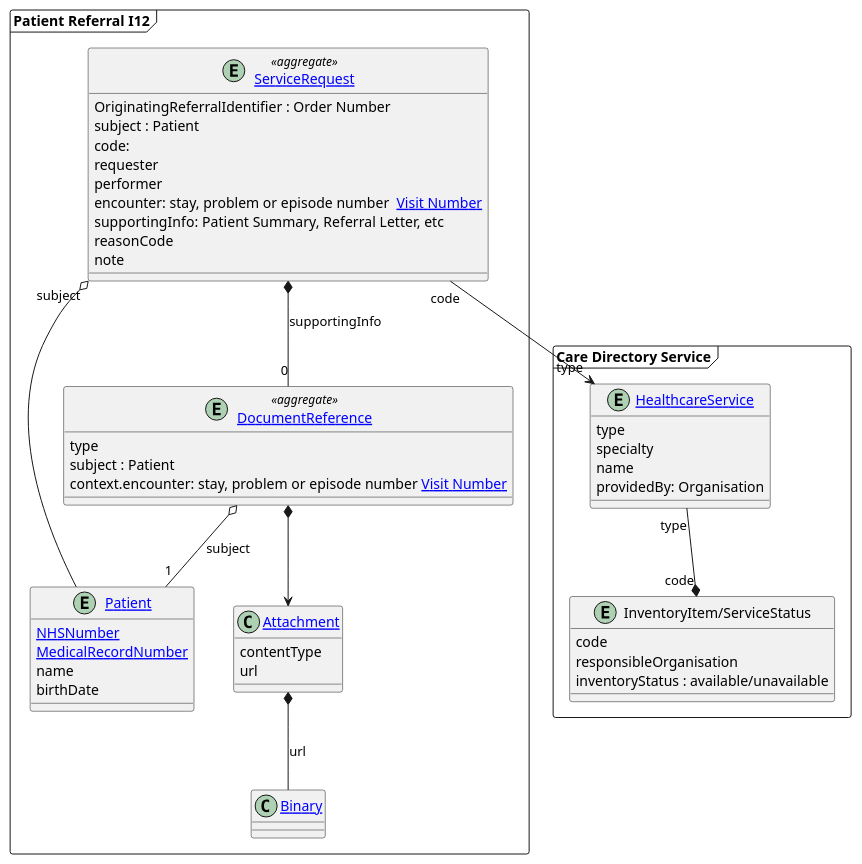
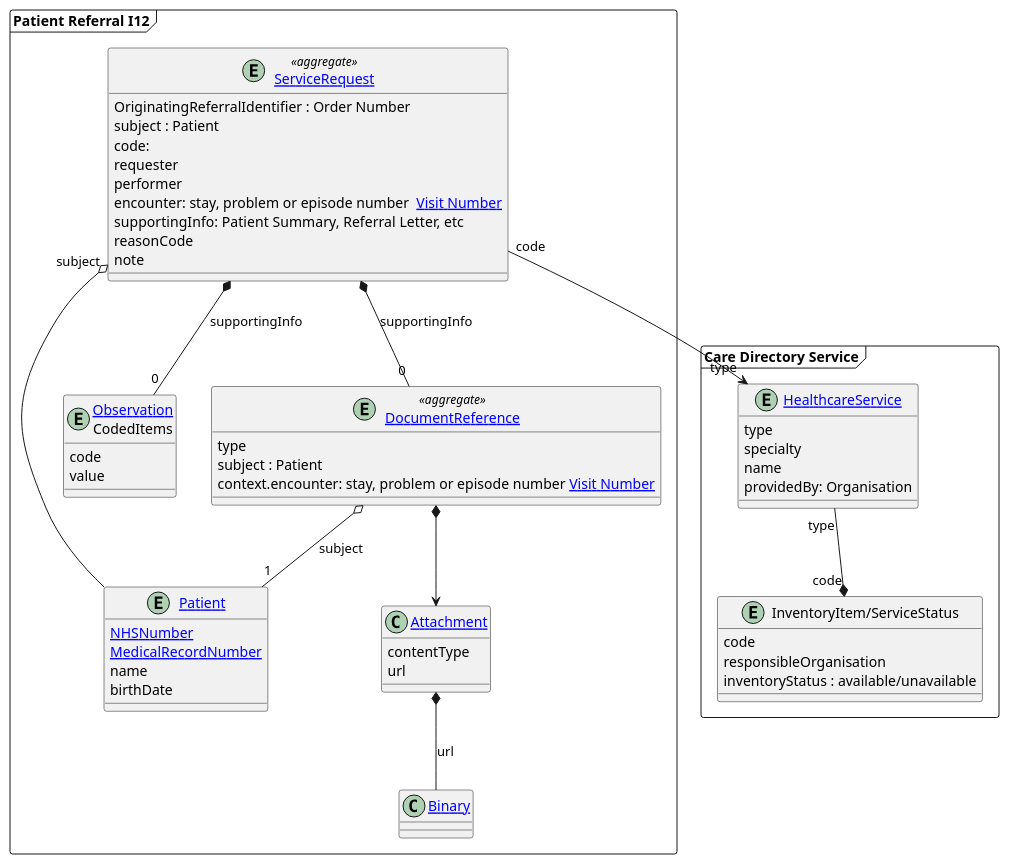
The diagram in input/images-source/eReferral-model.plantuml (Virtually-Healthcare/virtually-healthcare.github.com), drawn with PlantUML before and after one commit.

Commit message:
I12 elab

```diff
--- a/input/images-source/eReferral-model.plantuml
+++ b/input/images-source/eReferral-model.plantuml
@@ -2,72 +2,75 @@
   @startuml
-
-  skinparam svgDimensionStyle false
-
 
     frame "Patient Referral I12" as Composition {
 
       entity "[[StructureDefinition-ServiceRequest.html ServiceRequest]]" as ORC <<aggregate>> {
         OriginatingReferralIdentifier : Order Number
         subject : Patient
         code:
         requester
         performer
         encounter: stay, problem or episode number  [[StructureDefinition-VisitNumber.html Visit Number]]
         supportingInfo: Patient Summary, Referral Letter, etc
         reasonCode
         note
       }
 
       entity "[[StructureDefinition-Patient.html Patient]]" as PID {
         [[StructureDefinition-NHSNumber.html NHSNumber]]
         [[StructureDefinition-MedicalRecordNumber.html MedicalRecordNumber]]
         name
         birthDate
       }
 
+      entity "[[StructureDefinition-Observation.html Observation]]\nCodedItems" as Observation {
+        code
+        value
+      }
+
       entity "[[StructureDefinition-DocumentReference.html DocumentReference]]" as documentReference <<aggregate>> {
         type
         subject : Patient
         context.encounter: stay, problem or episode number [[StructureDefinition-VisitNumber.html Visit Number]]
       }
 
       class "[[StructureDefinition-NWAttachment.html Attachment]]" as attachment {
         contentType
         url
       }
 
       class "[[StructureDefinition-Binary.html Binary]]" as binary
 
       ORC "subject" o-- PID
 
       ORC *-- "0" documentReference: supportingInfo
+      ORC *-- "0" Observation: supportingInfo
 
       documentReference o-- "1" PID : subject
       documentReference *-d-> attachment
 
       attachment *-- binary : url
 
 
     }
     frame "Care Directory Service" as mcsd {
 
       entity "[[StructureDefinition-HealthcareService.html HealthcareService]]" as HealthcareService {
         type
         specialty
         name
         providedBy: Organisation
       }
 
       entity "InventoryItem/ServiceStatus" as InventoryItem {
         code
         responsibleOrganisation
         inventoryStatus : available/unavailable
       }
 
       HealthcareService "type" --* "code" InventoryItem
 
     }
 
     ORC "code" --> "type" HealthcareService
 
   @enduml
```
